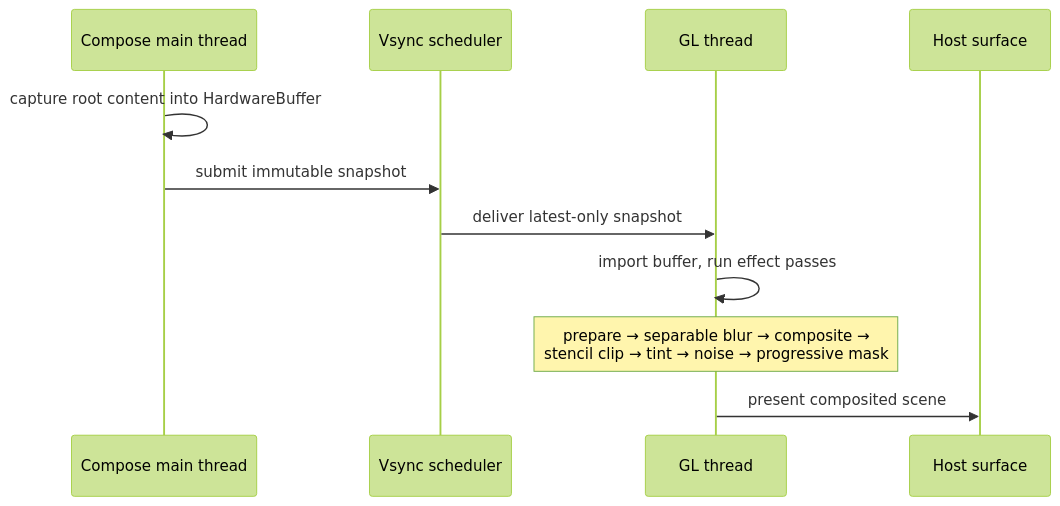
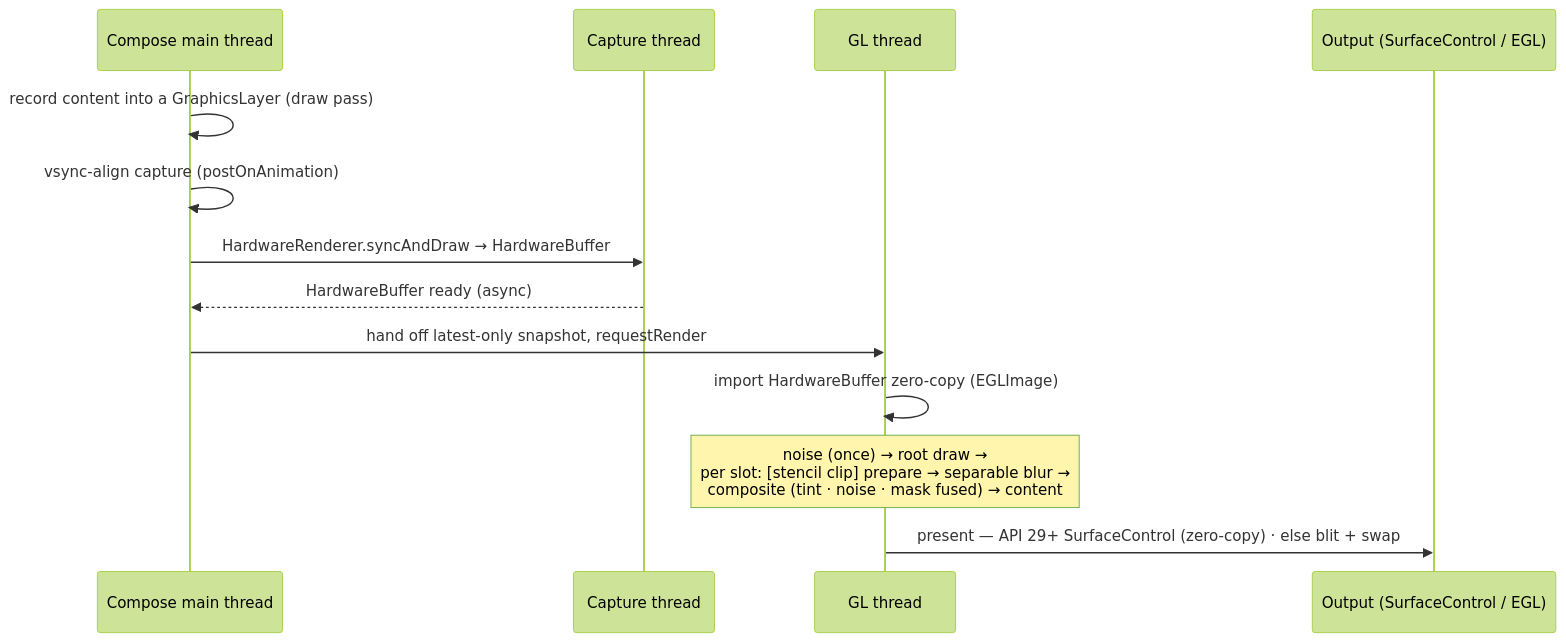
The second of 2 diagrams in README.md (desugar-64/imla), drawn with Mermaid (forest theme) before and after one commit. The commit also changed other lines of this file, not shown here.

First line of the commit message:
doc: fix per-frame flow diagram, drop legacy comparison

````diff
--- a/README.md
+++ b/README.md
@@ -143,13 +125,15 @@
 ```mermaid
 sequenceDiagram
     participant UI as Compose main thread
-    participant VS as Vsync scheduler
+    participant CAP as Capture thread
     participant GL as GL thread
-    participant SF as Host surface
-    UI->>UI: capture root content into HardwareBuffer
-    UI->>VS: submit immutable snapshot
-    VS->>GL: deliver latest-only snapshot
-    GL->>GL: import buffer, run effect passes
-    Note over GL: prepare → separable blur → composite →<br/>stencil clip → tint → noise → progressive mask
-    GL->>SF: present composited scene
+    participant OUT as Output (SurfaceControl / EGL)
+    UI->>UI: record content into a GraphicsLayer (draw pass)
+    UI->>UI: vsync-align capture (postOnAnimation)
+    UI->>CAP: HardwareRenderer.syncAndDraw → HardwareBuffer
+    CAP-->>UI: HardwareBuffer ready (async)
+    UI->>GL: hand off latest-only snapshot, requestRender
+    GL->>GL: import HardwareBuffer zero-copy (EGLImage)
+    Note over GL: noise (once) → root draw →<br/>per slot: [stencil clip] prepare → separable blur →<br/>composite (tint · noise · mask fused) → content
+    GL->>OUT: present — API 29+ SurfaceControl (zero-copy) · else blit + swap
 ```
````
